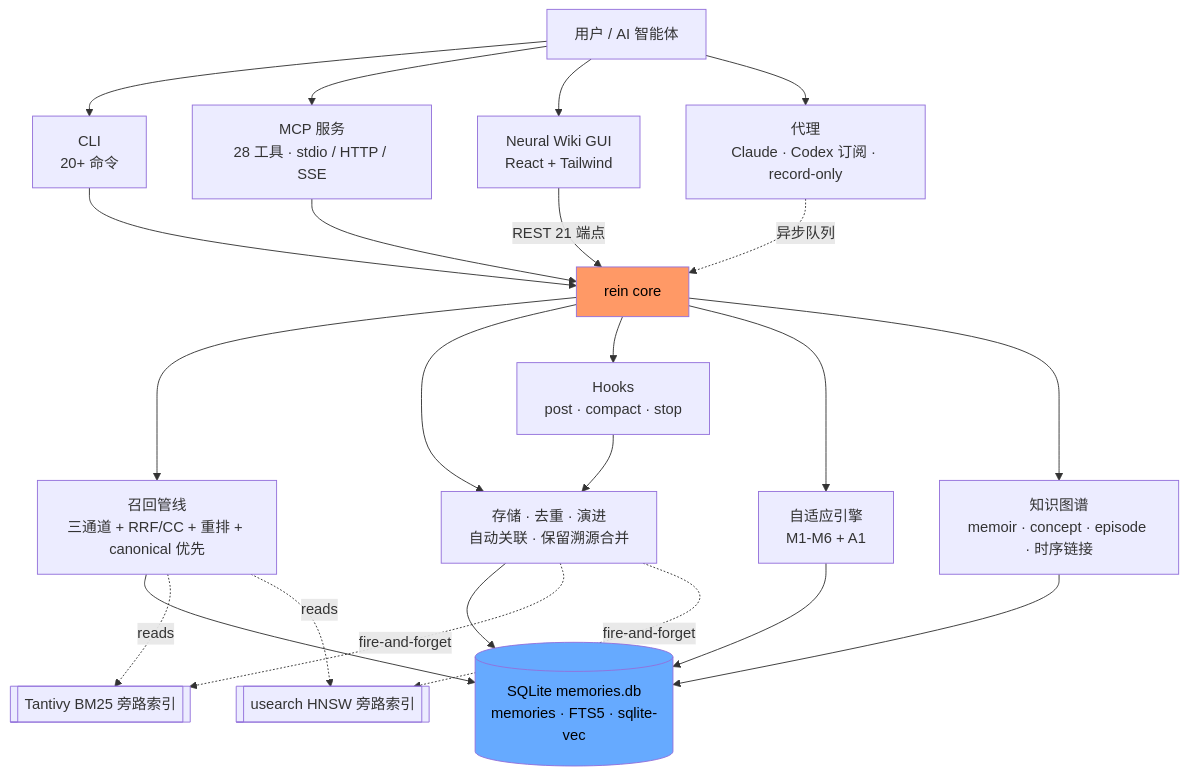
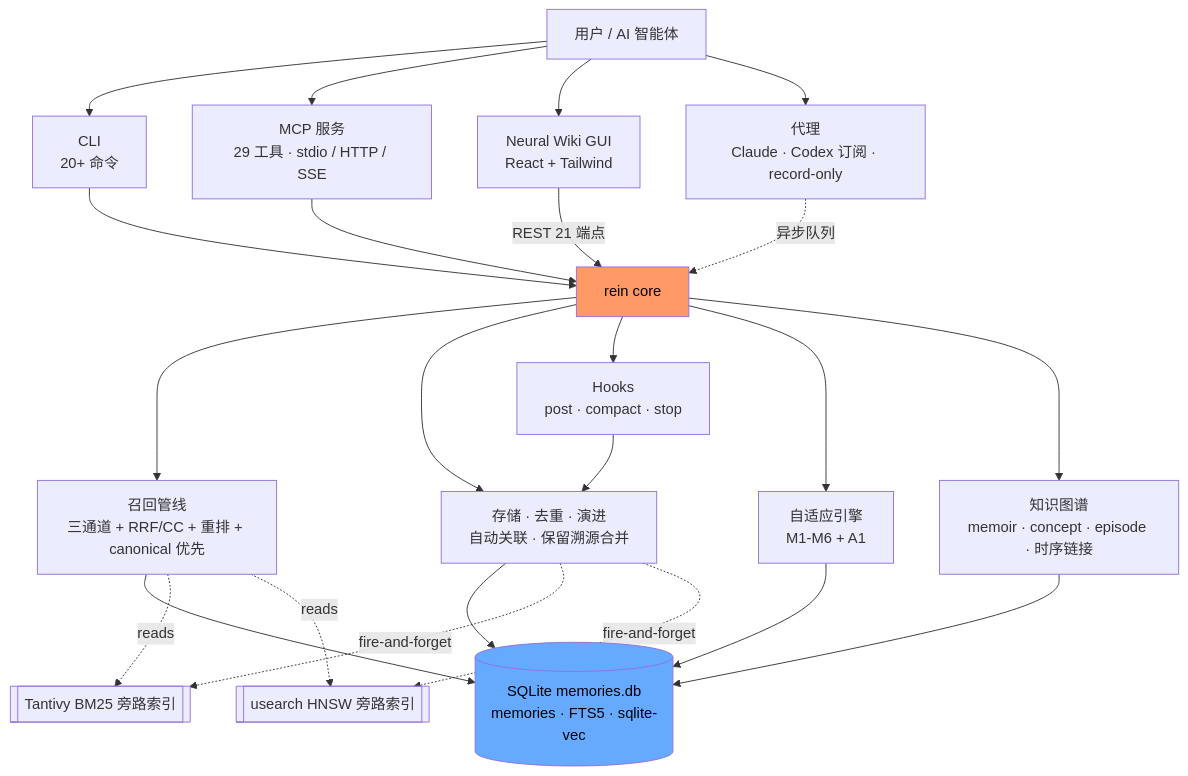
Before and after one commit to lyr1cs/rein: the eighth of 8 diagrams in README.md, drawn with Mermaid. The commit also changed other lines of this file, not shown here.

First line of the commit message:
chore(v0.23.0-rc1): bump MCP tool count docs 28 → 29

````diff
--- a/README.md
+++ b/README.md
@@ -1600,49 +1600,49 @@
 ```mermaid
 flowchart TD
     U[用户 / AI 智能体]
     CLI[CLI\n20+ 命令]
-    MCP[MCP 服务\n28 工具 · stdio / HTTP / SSE]
+    MCP[MCP 服务\n29 工具 · stdio / HTTP / SSE]
     GUI[Neural Wiki GUI\nReact + Tailwind]
     PXY[代理\nClaude · Codex 订阅 · record-only]
 
     U --> CLI
     U --> MCP
     U --> GUI
     U --> PXY
 
     CORE[rein core]
     CLI --> CORE
     MCP --> CORE
     GUI -->|REST 21 端点| CORE
     PXY -.->|异步队列| CORE
 
     REC[召回管线\n三通道 + RRF/CC + 重排 + canonical 优先]
     ST[存储 · 去重 · 演进\n自动关联 · 保留溯源合并]
     HK[Hooks\npost · compact · stop]
     ADP[自适应引擎\nM1-M6 + A1]
     KG[知识图谱\nmemoir · concept · episode · 时序链接]
 
     CORE --> REC
     CORE --> ST
     CORE --> HK
     CORE --> ADP
     CORE --> KG
 
     DB[(SQLite memories.db\nmemories · FTS5 · sqlite-vec)]
     TN[[Tantivy BM25 旁路索引]]
     US[[usearch HNSW 旁路索引]]
 
     REC --> DB
     ST --> DB
     HK --> ST
     ADP --> DB
     KG --> DB
 
     ST -.fire-and-forget.-> TN
     ST -.fire-and-forget.-> US
     REC -.reads.-> TN
     REC -.reads.-> US
 
     style DB fill:#6af,color:#000
     style CORE fill:#f96,color:#000
 ```
````
